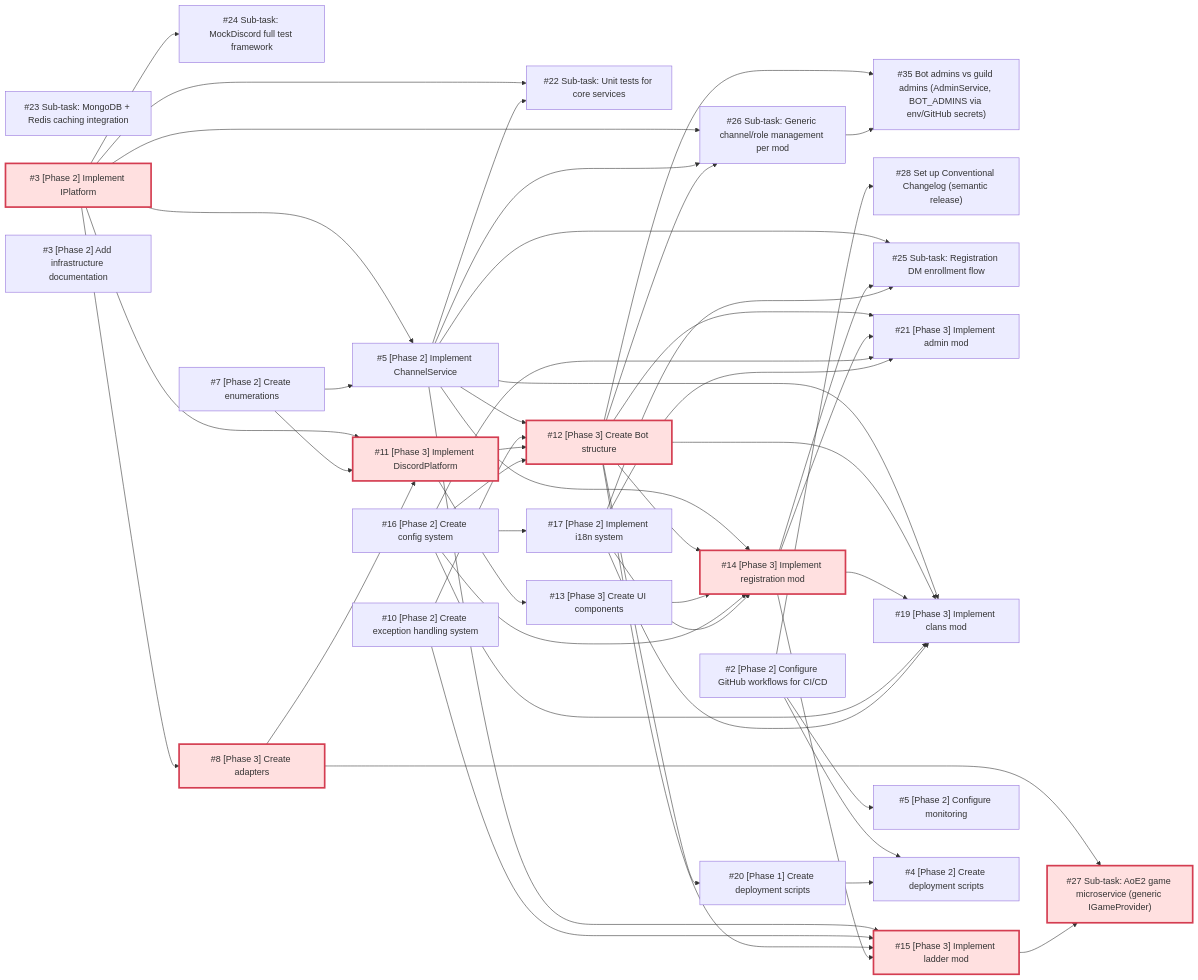
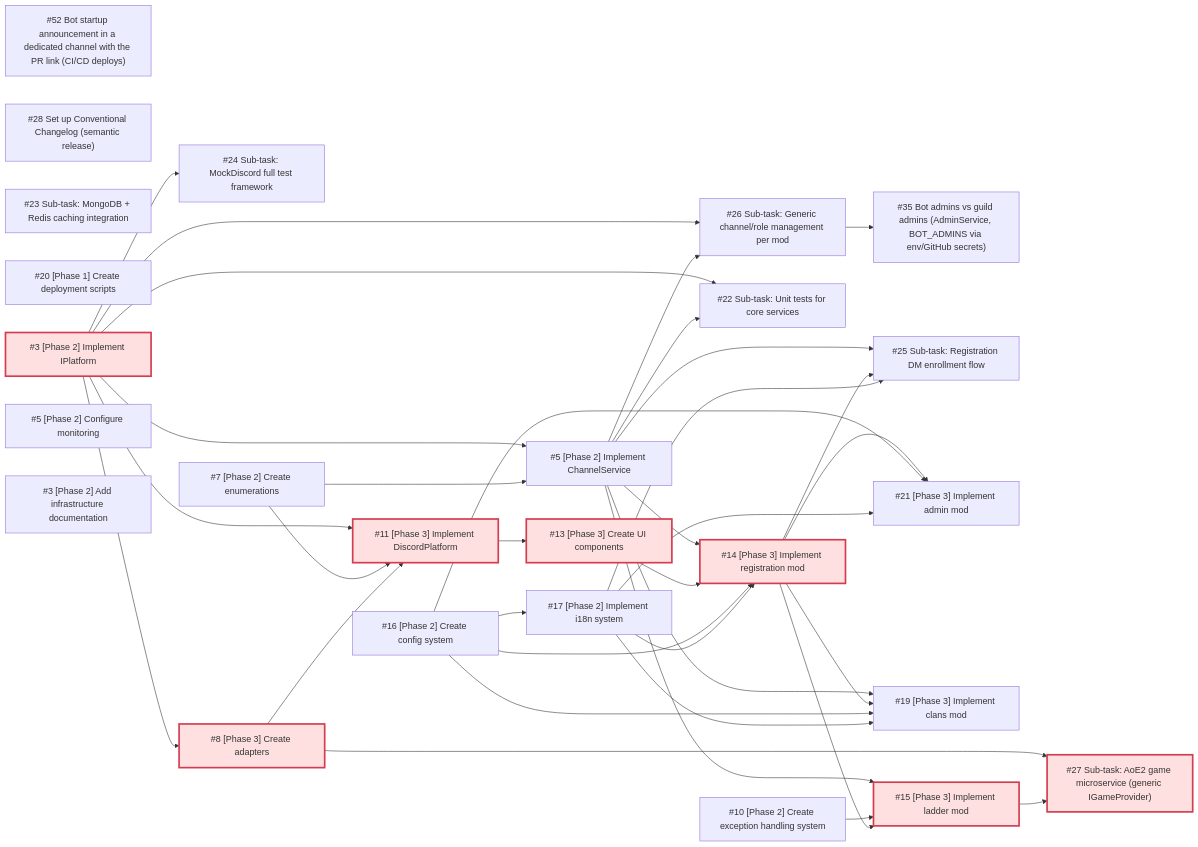
The diagram in docs/DEPENDENCIES.md (merlin-pinpin-org/kingdoms), drawn with Mermaid before and after one commit. The commit also changed other lines of this file and 1 other file, not shown here.

First line of the commit message:
docs(roadmap): sync with GitHub issues (#51)

````diff
--- a/docs/DEPENDENCIES.md
+++ b/docs/DEPENDENCIES.md
@@ -28,80 +28,63 @@
 ```mermaid
 flowchart LR
+    ks_52["#52 Bot startup announcement in a dedicated channel with the PR link (CI/CD deploys)"]
     ks_35["#35 Bot admins vs guild admins (AdminService, BOT_ADMINS via env/GitHub secrets)"]
     ks_28["#28 Set up Conventional Changelog (semantic release)"]
     ks_27["#27 Sub-task: AoE2 game microservice (generic IGameProvider)"]
     ks_26["#26 Sub-task: Generic channel/role management per mod"]
     ks_25["#25 Sub-task: Registration DM enrollment flow"]
     ks_24["#24 Sub-task: MockDiscord full test framework"]
     ks_23["#23 Sub-task: MongoDB + Redis caching integration"]
     ks_22["#22 Sub-task: Unit tests for core services"]
     ks_21["#21 [Phase 3] Implement admin mod"]
     ks_20["#20 [Phase 1] Create deployment scripts"]
     ks_19["#19 [Phase 3] Implement clans mod"]
     ks_17["#17 [Phase 2] Implement i18n system"]
     ks_16["#16 [Phase 2] Create config system"]
     ks_15["#15 [Phase 3] Implement ladder mod"]
     ks_14["#14 [Phase 3] Implement registration mod"]
     ks_13["#13 [Phase 3] Create UI components"]
-    ks_12["#12 [Phase 3] Create Bot structure"]
     ks_11["#11 [Phase 3] Implement DiscordPlatform"]
     ks_10["#10 [Phase 2] Create exception handling system"]
     ks_8["#8 [Phase 3] Create adapters"]
     ks_7["#7 [Phase 2] Create enumerations"]
     ks_5["#5 [Phase 2] Implement ChannelService"]
     ks_3["#3 [Phase 2] Implement IPlatform"]
     ki_5["#5 [Phase 2] Configure monitoring"]
-    ki_4["#4 [Phase 2] Create deployment scripts"]
     ki_3["#3 [Phase 2] Add infrastructure documentation"]
-    ki_2["#2 [Phase 2] Configure GitHub workflows for CI/CD"]
-    ks_12 --> ks_35
     ks_26 --> ks_35
-    ki_2 --> ks_28
     ks_8 --> ks_27
     ks_15 --> ks_27
     ks_3 --> ks_26
     ks_5 --> ks_26
-    ks_12 --> ks_26
     ks_5 --> ks_25
     ks_14 --> ks_25
     ks_17 --> ks_25
     ks_3 --> ks_24
     ks_3 --> ks_22
     ks_5 --> ks_22
-    ks_12 --> ks_21
     ks_14 --> ks_21
     ks_16 --> ks_21
     ks_17 --> ks_21
-    ks_12 --> ks_20
     ks_5 --> ks_19
-    ks_12 --> ks_19
     ks_14 --> ks_19
     ks_16 --> ks_19
     ks_17 --> ks_19
     ks_16 --> ks_17
     ks_5 --> ks_15
     ks_10 --> ks_15
-    ks_12 --> ks_15
     ks_14 --> ks_15
     ks_5 --> ks_14
-    ks_12 --> ks_14
     ks_13 --> ks_14
     ks_16 --> ks_14
     ks_17 --> ks_14
     ks_11 --> ks_13
-    ks_5 --> ks_12
-    ks_10 --> ks_12
-    ks_11 --> ks_12
-    ks_16 --> ks_12
     ks_3 --> ks_11
     ks_7 --> ks_11
     ks_8 --> ks_11
     ks_3 --> ks_8
     ks_3 --> ks_5
     ks_7 --> ks_5
-    ki_2 --> ki_5
-    ki_2 --> ki_4
-    ks_20 --> ki_4
     classDef critical fill:#ffe0e0,stroke:#d43d51,stroke-width:3px;
-    class ks_3,ks_8,ks_11,ks_12,ks_14,ks_15,ks_27 critical
+    class ks_3,ks_8,ks_11,ks_13,ks_14,ks_15,ks_27 critical
 ```
````
